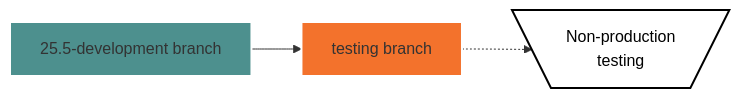
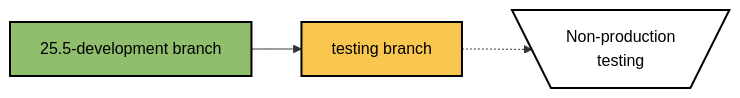
Before and after one commit to spectrum-health-systems/Abatab: the second of 3 diagrams in README_development.md, drawn with Mermaid. The commit also changed other lines of this file, not shown here.

````diff
--- a/README_development.md
+++ b/README_development.md
@@ -79,15 +81,15 @@
 ```mermaid
 graph LR
   255Development[25.5-development branch] --> TestingBranch[testing branch] -.-> NonProductionTesting[\Non-production\ntesting/]
 
-  classDef WintergreenDreamBackgroundWhiteText fill:#4D908E, stroke:#FFFFFF,stroke-width:2px
-  classDef OrangeRedBackgroundWhiteText fill:#F3722C, stroke:#FFFFFF,stroke-width:2px
-  classDef WhiteBackgroundBlackText fill:#FFFFFF, color:#000000, stroke:#000000,stroke-width:2px
+  classDef PistachioBlackBlack fill:#90BE6D, color:#000000, stroke:#000000,stroke-width:2px
+  classDef MaizeBlackBlack fill:#F9C74F, color:#000000, stroke:#000000,stroke-width:2px
+  classDef WhiteBlackBlack fill:#FFFFFF, color:#000000, stroke:#000000,stroke-width:2px
 
-  class 255Development WintergreenDreamBackgroundWhiteText
-  class TestingBranch OrangeRedBackgroundWhiteText
-  class NonProductionTesting WhiteBackgroundBlackText
+  class 255Development PistachioBlackBlack
+  class TestingBranch MaizeBlackBlack
+  class NonProductionTesting WhiteBlackBlack
 
   click 255Development "https://github.com/spectrum-health-systems/Abatab/tree/23.5-development"
   click testing "https://github.com/spectrum-health-systems/Abatab/tree/testing"
 ```
````
